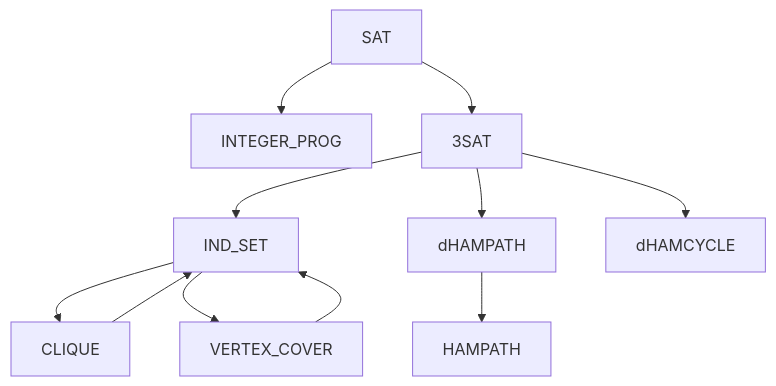
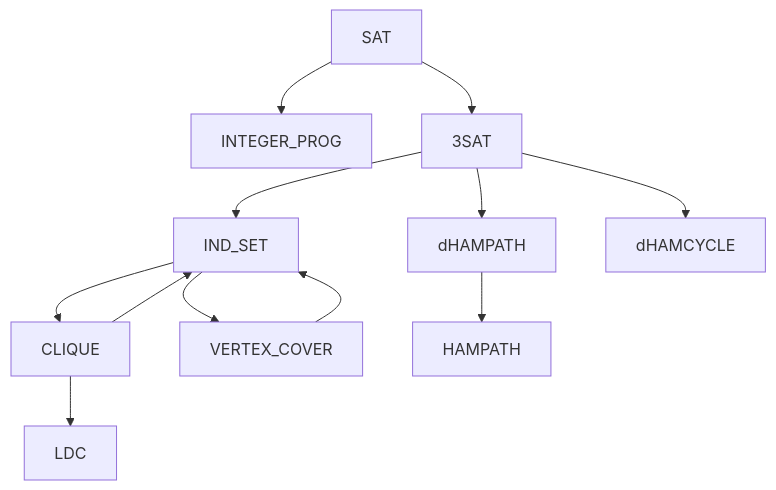
One commit to Invisiphantom/Mind-City changed the third of 4 diagrams in Coursera/(4)计算理论基础/(6)对角线方法.md. Above: the diagram before and after it, drawn with Mermaid. The commit also changed other lines of this file and 7 other files, not shown here.

````diff
--- a/Coursera/(4)计算理论基础/(6)对角线方法.md
+++ b/Coursera/(4)计算理论基础/(6)对角线方法.md
@@ -459,14 +459,15 @@
 ```mermaid
 graph TD
     SAT --> INTEGER_PROG
     SAT --> 3SAT
     3SAT --> IND_SET
     IND_SET --> CLIQUE
     CLIQUE --> IND_SET
+    CLIQUE --> LDC
     IND_SET --> VERTEX_COVER
     VERTEX_COVER --> IND_SET
 
     3SAT --> dHAMPATH
     dHAMPATH --> HAMPATH
     3SAT --> dHAMCYCLE
 ```
````
